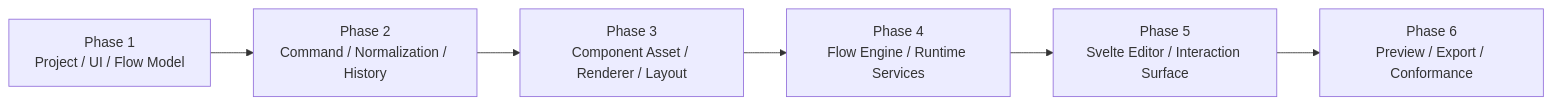
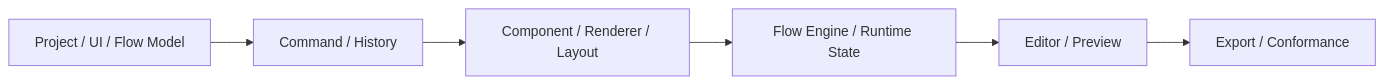
The third of 4 diagrams in docs/architecture/10-examples-roadmap-and-decisions.md (northwest-hcu/FlagShip), drawn with Mermaid before and after one commit. The commit also changed other lines of this file and 46 other files, not shown here.

````diff
--- a/docs/architecture/10-examples-roadmap-and-decisions.md
+++ b/docs/architecture/10-examples-roadmap-and-decisions.md
@@ -299,10 +128,8 @@
 ```mermaid
 flowchart LR
-    P1["Phase 1<br/>Project / UI / Flow Model"]
-    P2["Phase 2<br/>Command / Normalization / History"]
-    P3["Phase 3<br/>Component Asset / Renderer / Layout"]
-    P4["Phase 4<br/>Flow Engine / Runtime Services"]
-    P5["Phase 5<br/>Svelte Editor / Interaction Surface"]
-    P6["Phase 6<br/>Preview / Export / Conformance"]
-    P1 --> P2 --> P3 --> P4 --> P5 --> P6
+    P1["Project / UI / Flow Model"] --> P2["Command / History"]
+    P2 --> P3["Component / Renderer / Layout"]
+    P3 --> P4["Flow Engine / Runtime State"]
+    P4 --> P5["Editor / Preview"]
+    P5 --> P6["Export / Conformance"]
 ```
````
